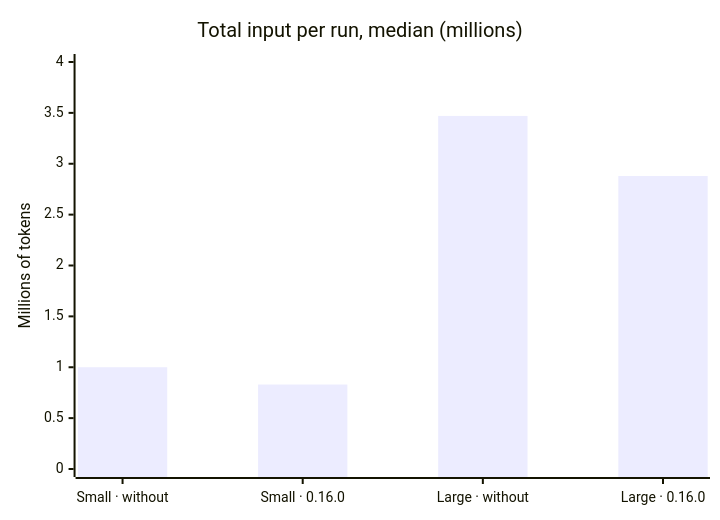
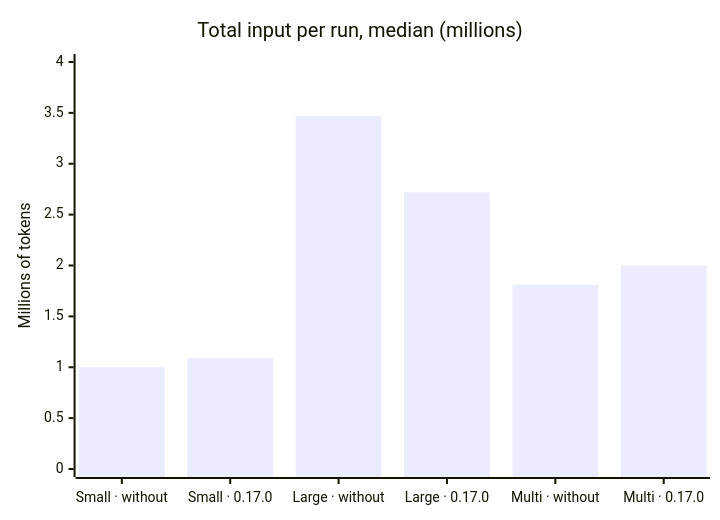
One commit to Osanchez/Flowestra changed the first of 2 diagrams in docs/BENCHMARK.md. Above: the diagram before and after it, drawn with Mermaid. The commit also changed other lines of this file and 1 other file, not shown here.

````diff
--- a/docs/BENCHMARK.md
+++ b/docs/BENCHMARK.md
@@ -44,7 +45,7 @@
 ```mermaid
 xychart-beta
     title "Total input per run, median (millions)"
-    x-axis ["Small · without", "Small · 0.16.0", "Large · without", "Large · 0.16.0"]
+    x-axis ["Small · without", "Small · 0.17.0", "Large · without", "Large · 0.17.0", "Multi · without", "Multi · 0.17.0"]
     y-axis "Millions of tokens" 0 --> 4
-    bar [1.00, 0.83, 3.47, 2.88]
+    bar [1.00, 1.09, 3.47, 2.72, 1.81, 2.00]
 ```
````
